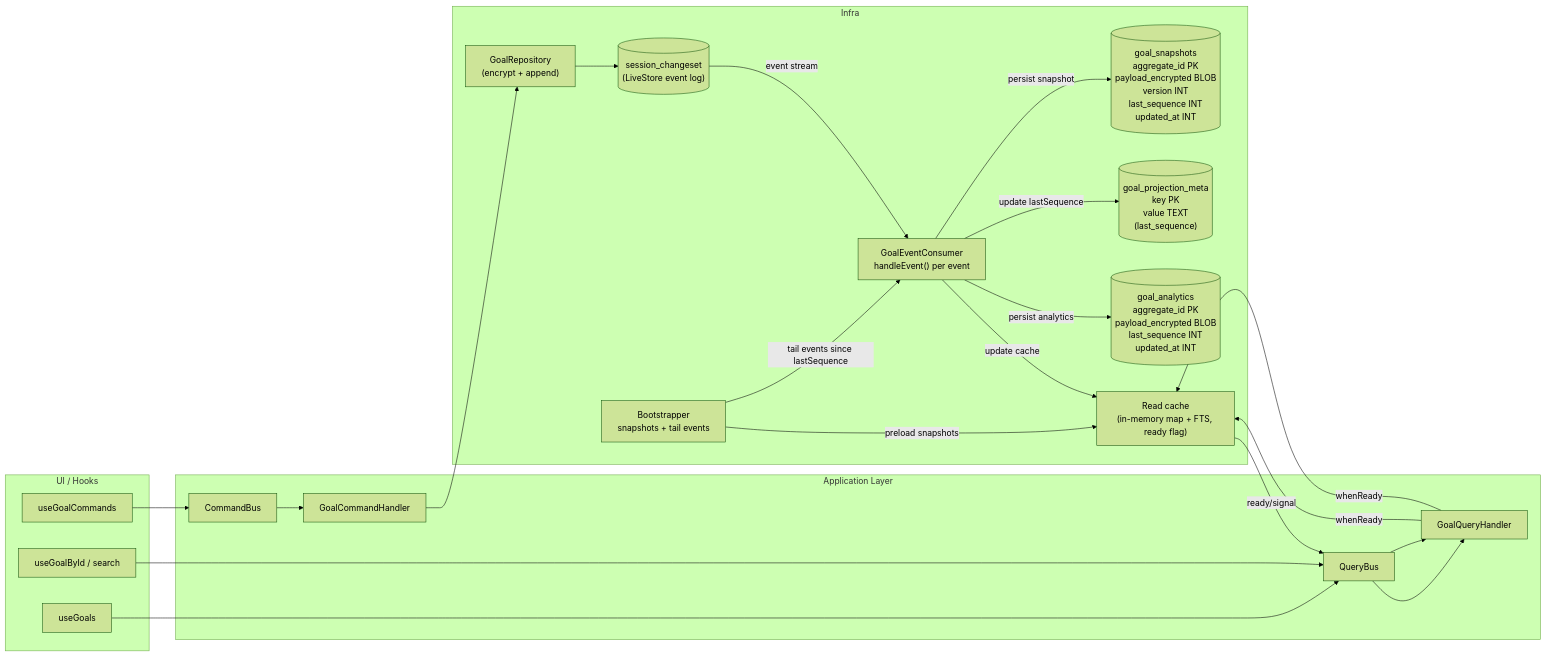
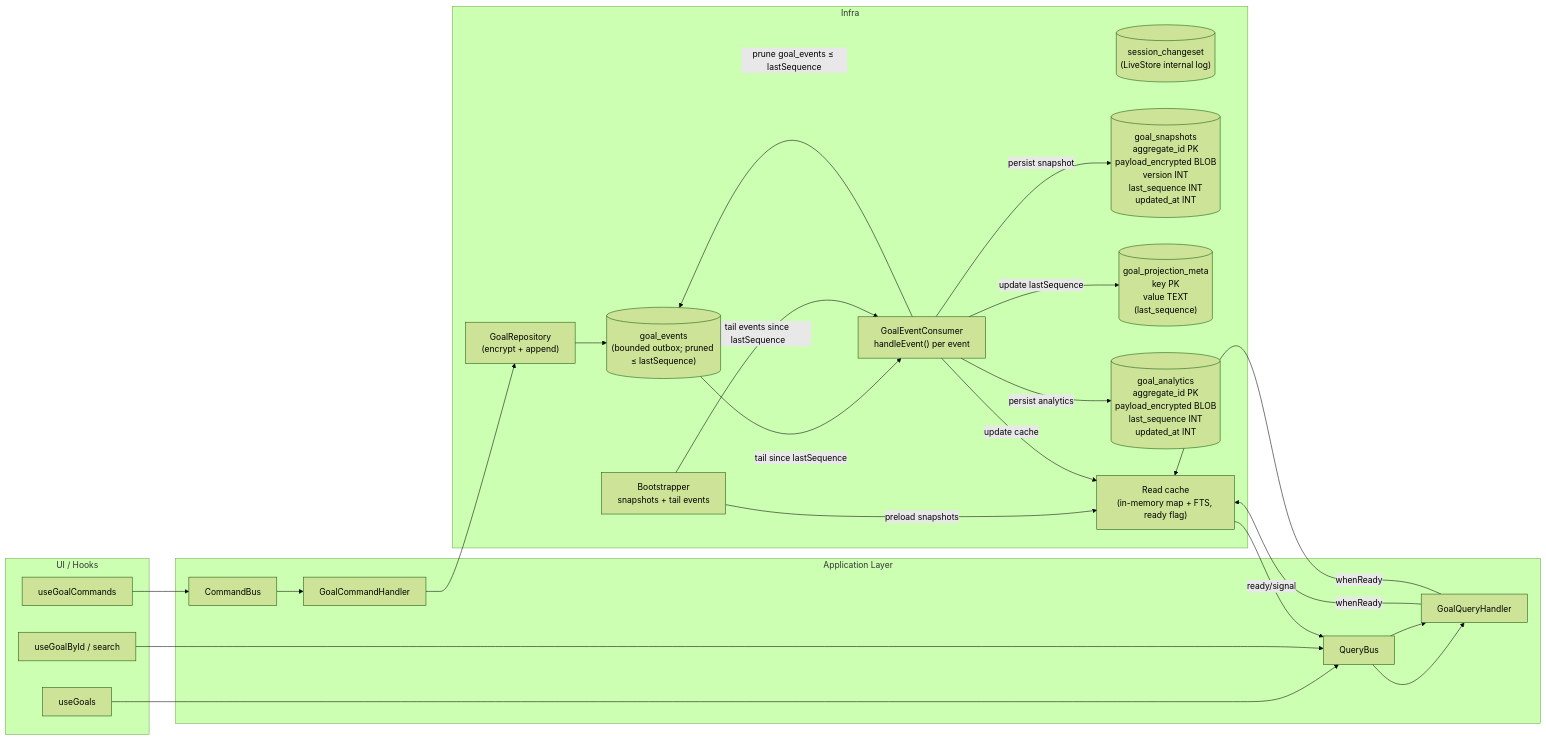
Before and after one commit to chronologion/mo-local: the diagram in docs/materializer-plan.md, drawn with Mermaid (forest theme). The commit also changed other lines of this file and 2 other files, not shown here.

Commit message:
fix: keep goal_events intact until stream API available

````diff
--- a/docs/materializer-plan.md
+++ b/docs/materializer-plan.md
@@ -361,42 +361,43 @@
 ```mermaid
-flowchart LR
-  subgraph UI["UI / Hooks"]
-    cmds["useGoalCommands"]
-    qList["useGoals"]
-    qId["useGoalById / search"]
-  end
+  flowchart LR
+    subgraph UI["UI / Hooks"]
+      cmds["useGoalCommands"]
+      qList["useGoals"]
+      qId["useGoalById / search"]
+    end
 
-  subgraph App["Application Layer"]
-    cmdBus["CommandBus"]
-    qryBus["QueryBus"]
-    cmdHandler["GoalCommandHandler"]
-    qryHandler["GoalQueryHandler"]
-  end
+    subgraph App["Application Layer"]
+      cmdBus["CommandBus"]
+      qryBus["QueryBus"]
+      cmdHandler["GoalCommandHandler"]
+      qryHandler["GoalQueryHandler"]
+    end
 
-  subgraph Infra["Infra"]
-    repo["GoalRepository<br>(encrypt + append)"]
-    changeset[("session_changeset<br>(LiveStore event log)")]
-    boot["Bootstrapper<br>snapshots + tail events"]
-    ws["GoalEventConsumer<br>handleEvent() per event"]
-    snaps[("goal_snapshots<br>aggregate_id PK<br>payload_encrypted BLOB<br>version INT<br>last_sequence INT<br>updated_at INT")]
-    meta[("goal_projection_meta<br>key PK<br>value TEXT<br>(last_sequence)")]
-    analytics[("goal_analytics<br>aggregate_id PK<br>payload_encrypted BLOB<br>last_sequence INT<br>updated_at INT")]
-    cache["Read cache<br>(in-memory map + FTS, ready flag)"]
-  end
+    subgraph Infra["Infra"]
+      repo["GoalRepository<br>(encrypt + append)"]
+      outbox[("goal_events<br>(bounded outbox; pruned ≤ lastSequence)")]
+      changeset[("session_changeset<br>(LiveStore internal log)")]
+      boot["Bootstrapper<br>snapshots + tail events"]
+      ws["GoalEventConsumer<br>handleEvent() per event"]
+      snaps[("goal_snapshots<br>aggregate_id PK<br>payload_encrypted BLOB<br>version INT<br>last_sequence INT<br>updated_at INT")]
+      meta[("goal_projection_meta<br>key PK<br>value TEXT<br>(last_sequence)")]
+      analytics[("goal_analytics<br>aggregate_id PK<br>payload_encrypted BLOB<br>last_sequence INT<br>updated_at INT")]
+      cache["Read cache<br>(in-memory map + FTS, ready flag)"]
+    end
 
-  cmds --> cmdBus --> cmdHandler --> repo --> changeset
+    cmds --> cmdBus --> cmdHandler --> repo --> outbox
+    outbox -->|"tail since lastSequence"| ws
 
-  boot -->|"preload snapshots"| cache
-  boot -->|"tail events since lastSequence"| ws
+    boot -->|"preload snapshots"| cache
+    boot -->|"tail events since lastSequence"| ws
 
-  changeset -->|"event stream"| ws
+    ws -->|"persist snapshot"| snaps
+    ws -->|"persist analytics"| analytics
+    ws -->|"update lastSequence"| meta
+    ws -->|"prune goal_events ≤ lastSequence"| outbox
+    ws -->|"update cache"| cache
 
-  ws -->|"persist snapshot"| snaps
-  ws -->|"persist analytics"| analytics
-  ws -->|"update lastSequence"| meta
-  ws -->|"update cache"| cache
-
-  qList --> qryBus --> qryHandler -->|"whenReady"| cache
-  qId --> qryBus --> qryHandler -->|"whenReady"| cache
-  cache -->|"ready/signal"| qryBus
+    qList --> qryBus --> qryHandler -->|"whenReady"| cache
+    qId --> qryBus --> qryHandler -->|"whenReady"| cache
+    cache -->|"ready/signal"| qryBus
 ```
````
